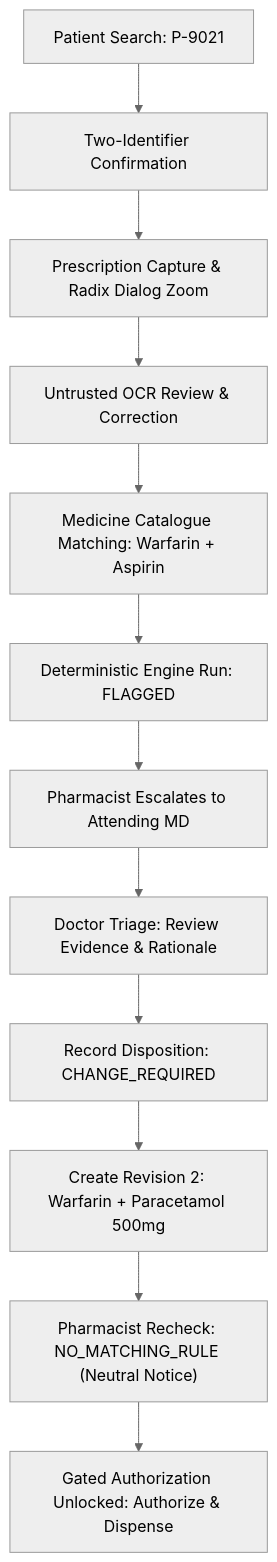
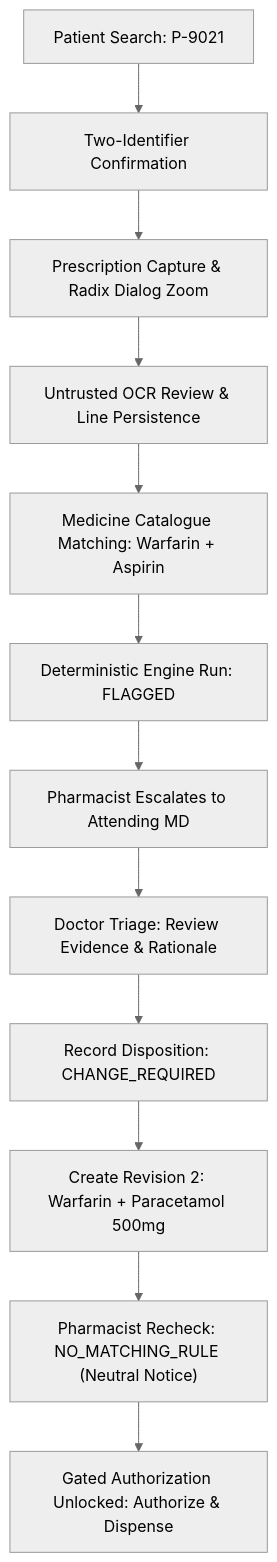
Before and after one commit to Samudra-Bose/PharmaVigil: the diagram in medication-safety-frontend/docs/walkthrough.md, drawn with Mermaid (neutral theme). The commit also changed other lines of this file, not shown here.

````diff
--- a/medication-safety-frontend/docs/walkthrough.md
+++ b/medication-safety-frontend/docs/walkthrough.md
@@ -79,14 +83,14 @@
 ```mermaid
 flowchart TD
     A["Patient Search: P-9021"] --> B["Two-Identifier Confirmation"]
     B --> C["Prescription Capture & Radix Dialog Zoom"]
-    C --> D["Untrusted OCR Review & Correction"]
+    C --> D["Untrusted OCR Review & Line Persistence"]
     D --> E["Medicine Catalogue Matching: Warfarin + Aspirin"]
     E --> F["Deterministic Engine Run: FLAGGED"]
     F --> G["Pharmacist Escalates to Attending MD"]
     G --> H["Doctor Triage: Review Evidence & Rationale"]
     H --> I["Record Disposition: CHANGE_REQUIRED"]
     I --> J["Create Revision 2: Warfarin + Paracetamol 500mg"]
     J --> K["Pharmacist Recheck: NO_MATCHING_RULE (Neutral Notice)"]
     K --> L["Gated Authorization Unlocked: Authorize & Dispense"]
 ```
````
